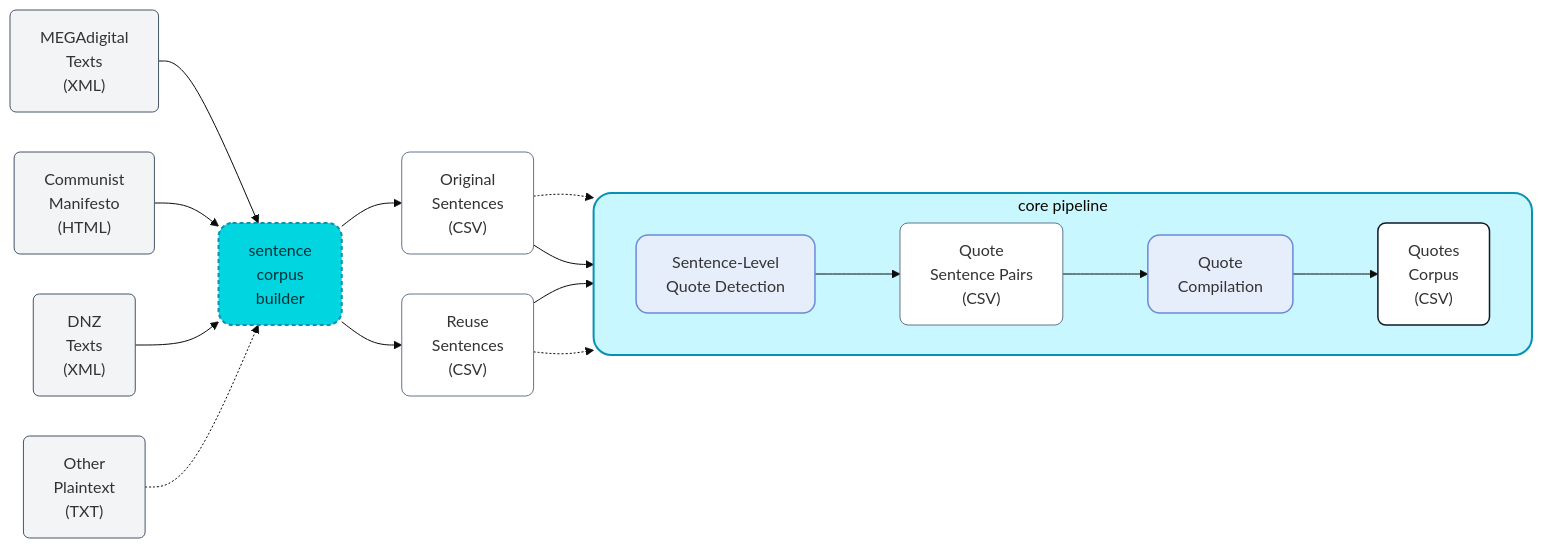
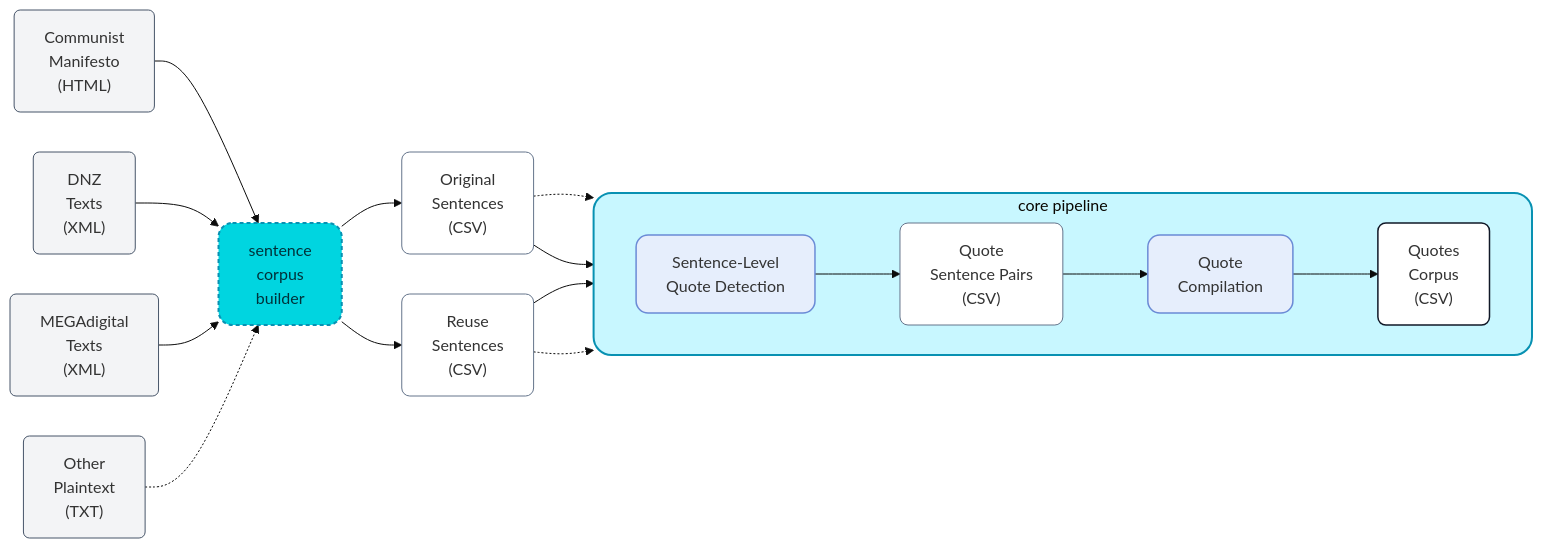
The diagram in docs/technical-design-document.md (Princeton-CDH/remarx), drawn with Mermaid before and after one commit.

````diff
--- a/docs/technical-design-document.md
+++ b/docs/technical-design-document.md
@@ -91,42 +91,43 @@
 ```mermaid
 
 %%{init: {
   "theme": "base",
   "themeVariables": { "fontFamily": "Inter, ui-sans-serif, system-ui" },
   "flowchart": { "curve": "basis", "nodeSpacing": 40, "rankSpacing": 60 }
 }}%%
 flowchart LR
   classDef source  fill:#f3f4f6,stroke:#475569,stroke-width:1px,rx:6,ry:6;
   classDef builder fill:#00d5e0,stroke:#0891b2,stroke-width:2px,stroke-dasharray:4 3,rx:14,ry:14,color:#00323a;
   classDef process fill:#e6eefc,stroke:#6b8bd6,stroke-width:1.5px,rx:12,ry:12;
   classDef corpus  fill:#ffffff,stroke:#64748b,stroke-width:1px,rx:8,ry:8;
   classDef output  fill:#ffffff,stroke:#111827,stroke-width:1.5px,rx:8,ry:8;
   classDef invis   fill:transparent,stroke:transparent;
 
-  A["MEGAdigital<br/>Texts<br/>(XML)"]:::source --> E
+
   B["Communist<br/>Manifesto<br/>(HTML)"]:::source --> E
   C["DNZ<br/>Texts<br/>(XML)"]:::source --> E
+  A["MEGAdigital<br/>Texts<br/>(XML)"]:::source --> E
   D["Other<br/>Plaintext<br/>(TXT)"]:::source -.-> E
 
   E["sentence<br/>corpus<br/>builder"]:::builder
   E --> F["Original<br/>Sentences<br/>(CSV)"]:::corpus
   E --> G["Reuse<br/>Sentences<br/>(CSV)"]:::corpus
 
   F -.-> K
 
   subgraph CP["core pipeline"]
     direction LR
     I["Sentence-Level<br/>Quote Detection"]:::process
     J["Quote<br/>Sentence Pairs<br/>(CSV)"]:::corpus
     K["Quote<br/>Compilation"]:::process
     L["Quotes<br/>Corpus<br/>(CSV)"]:::output
     I --> J --> K --> L
   end
   style CP fill:#c8f7ff,stroke:#0891b2,stroke-width:2px,rx:18,ry:18;
 
   F --> I
   G --> I
 
   G -.-> K
 
 ```
````
